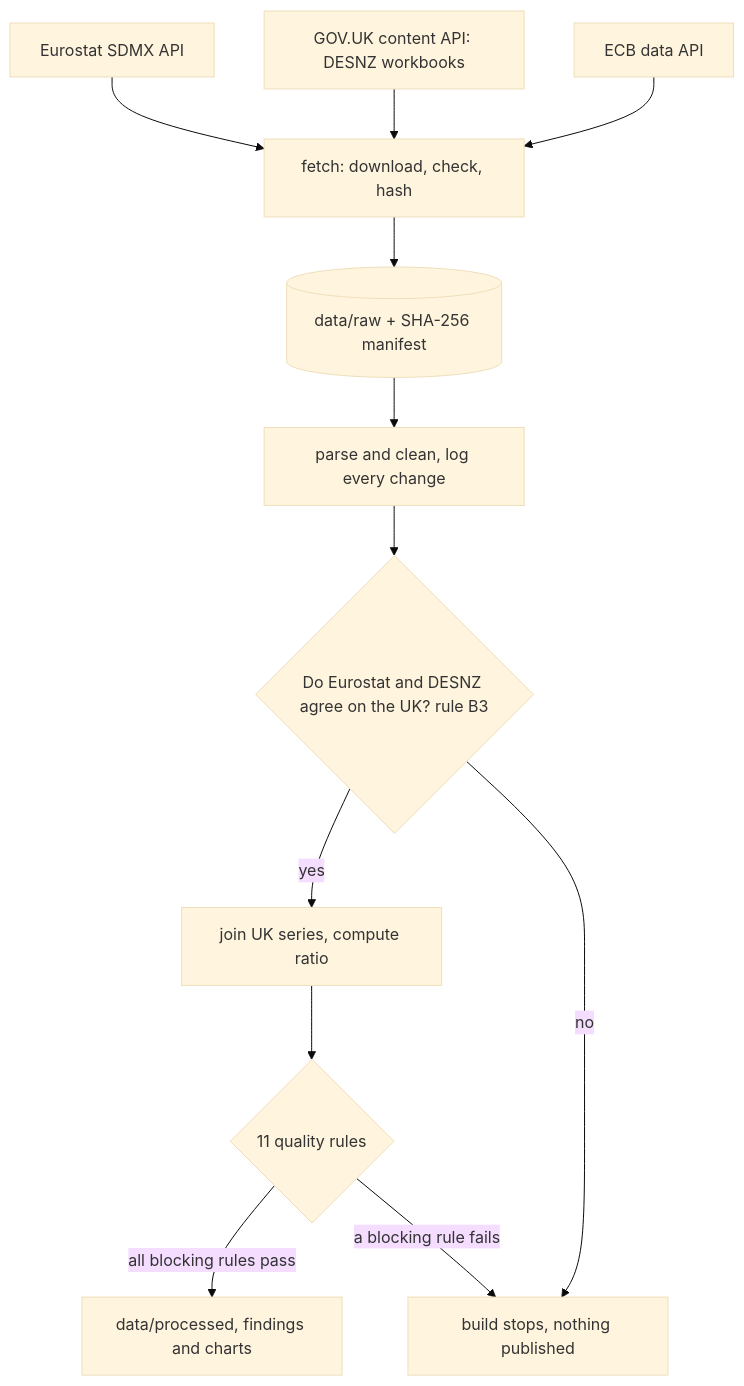
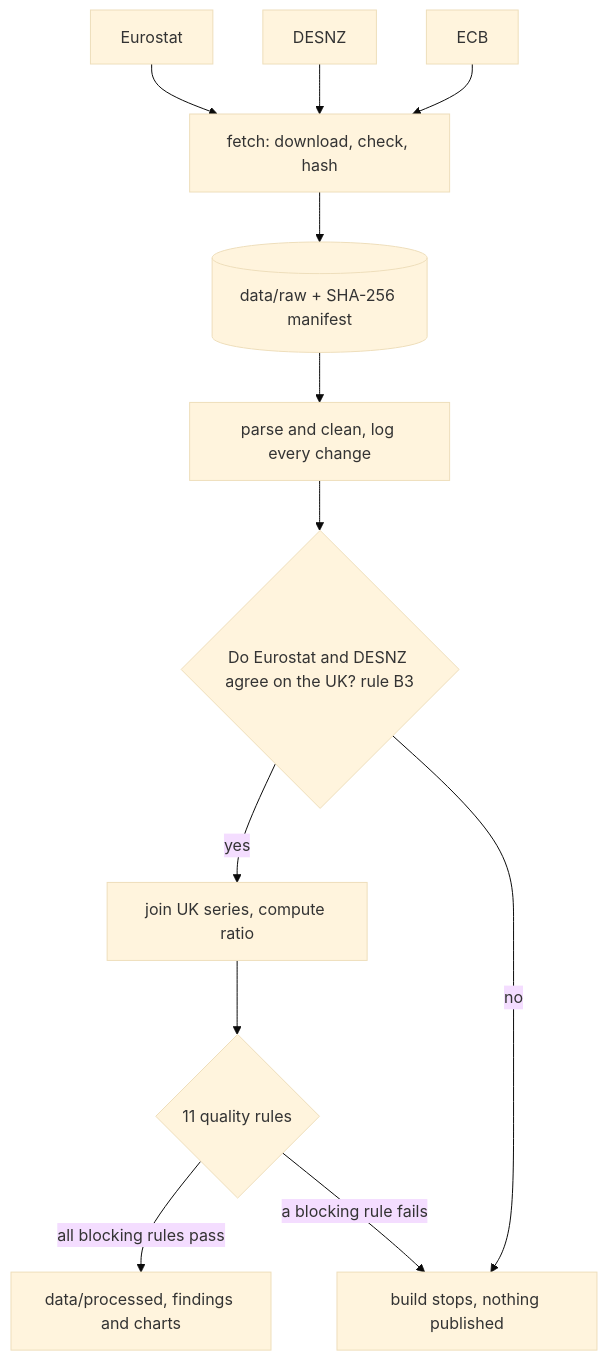
The diagram in README.md (gbadedata/electricity-gas-price-ratio), drawn with Mermaid (base theme) before and after one commit.

Commit message:
README: shorter diagram labels
Claude-Session: https://claude.ai/code/session_014GVRv6CKzrTT55NwqAzjs1

````diff
--- a/README.md
+++ b/README.md
@@ -100,14 +100,14 @@
 ```mermaid
 flowchart TD
-    A[Eurostat SDMX API] --> F
-    B[GOV.UK content API: DESNZ workbooks] --> F
-    C[ECB data API] --> F
+    A[Eurostat] --> F
+    B[DESNZ] --> F
+    C[ECB] --> F
     F[fetch: download, check, hash] --> R[(data/raw + SHA-256 manifest)]
     R --> P[parse and clean, log every change]
     P --> S{Do Eurostat and DESNZ agree on the UK? rule B3}
     S -- yes --> X[join UK series, compute ratio]
     X --> V{11 quality rules}
     V -- all blocking rules pass --> O[data/processed, findings and charts]
     S -- no --> STOP[build stops, nothing published]
     V -- a blocking rule fails --> STOP
 ```
````
